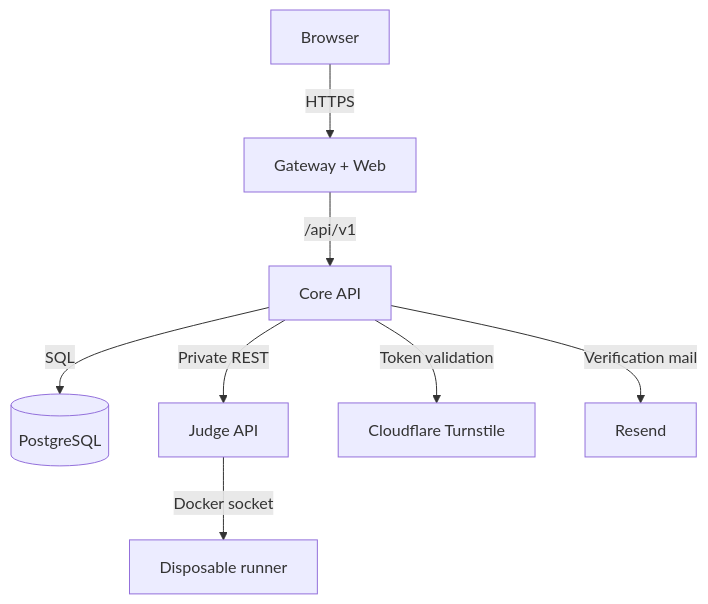
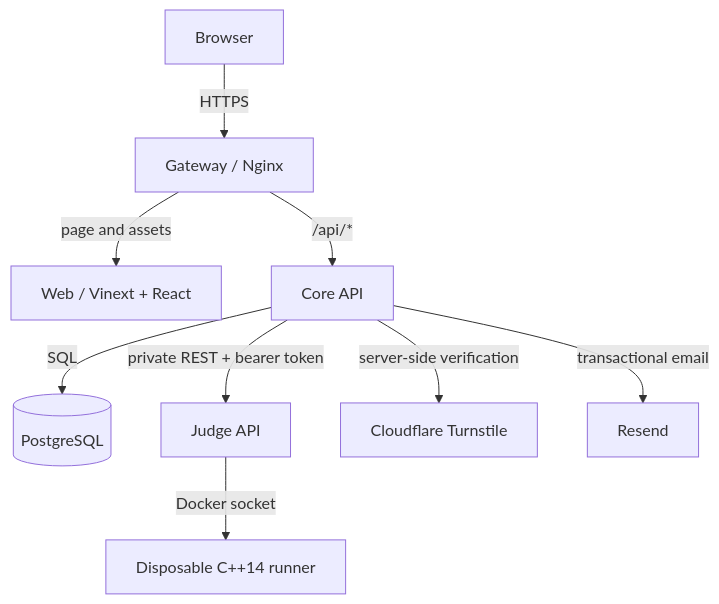
Before and after one commit to intqwq/AlgoQuest: the first of 3 diagrams in docs/ARCHITECTURE.md, drawn with Mermaid. The commit also changed other lines of this file, not shown here.

Commit message:
Synchronize architecture documentation

````diff
--- a/docs/ARCHITECTURE.md
+++ b/docs/ARCHITECTURE.md
@@ -5,10 +9,11 @@
 ```mermaid
 flowchart TD
-    B["Browser"] -->|HTTPS| G["Gateway + Web"]
-    G -->|"/api/v1"| A["Core API"]
+    B["Browser"] -->|HTTPS| G["Gateway / Nginx"]
+    G -->|page and assets| W["Web / Vinext + React"]
+    G -->|/api/*| A["Core API"]
     A -->|SQL| D[("PostgreSQL")]
-    A -->|Private REST| J["Judge API"]
-    J -->|Docker socket| R["Disposable runner"]
-    A -->|Token validation| T["Cloudflare Turnstile"]
-    A -->|Verification mail| E["Resend"]
+    A -->|private REST + bearer token| J["Judge API"]
+    J -->|Docker socket| R["Disposable C++14 runner"]
+    A -->|server-side verification| T["Cloudflare Turnstile"]
+    A -->|transactional email| E["Resend"]
 ```
````
